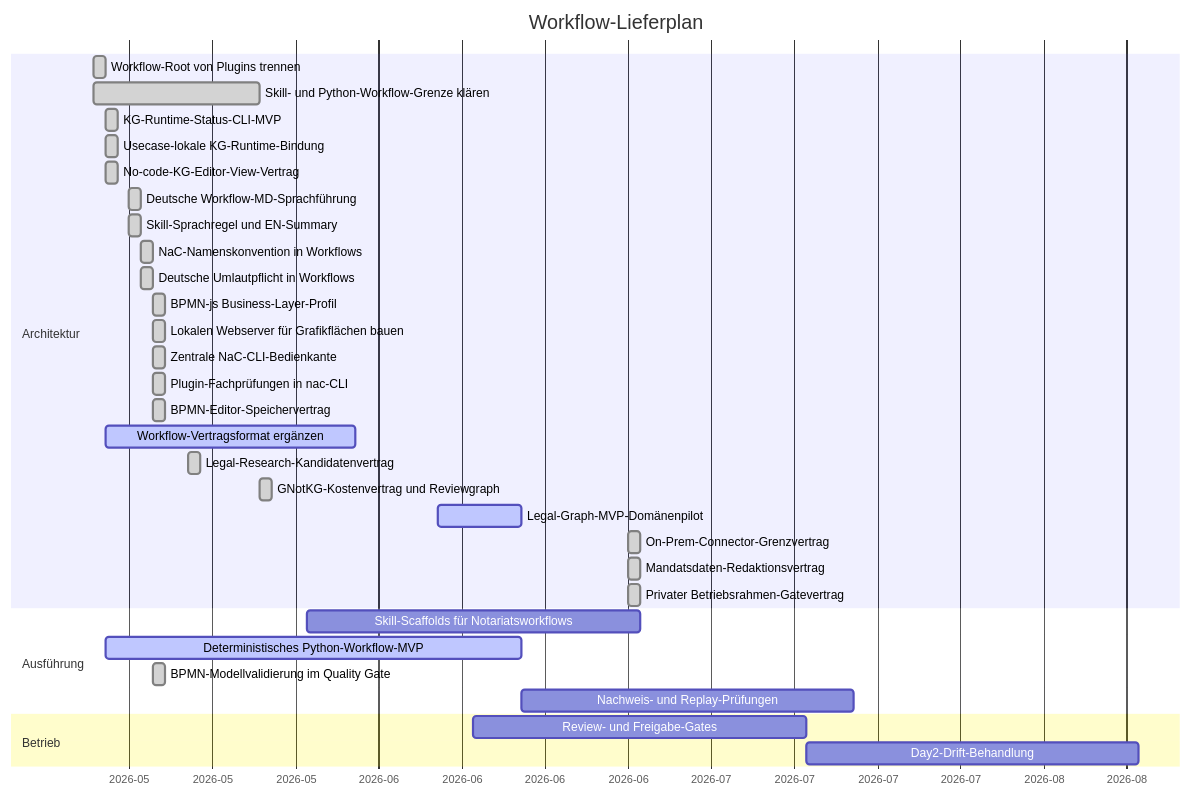
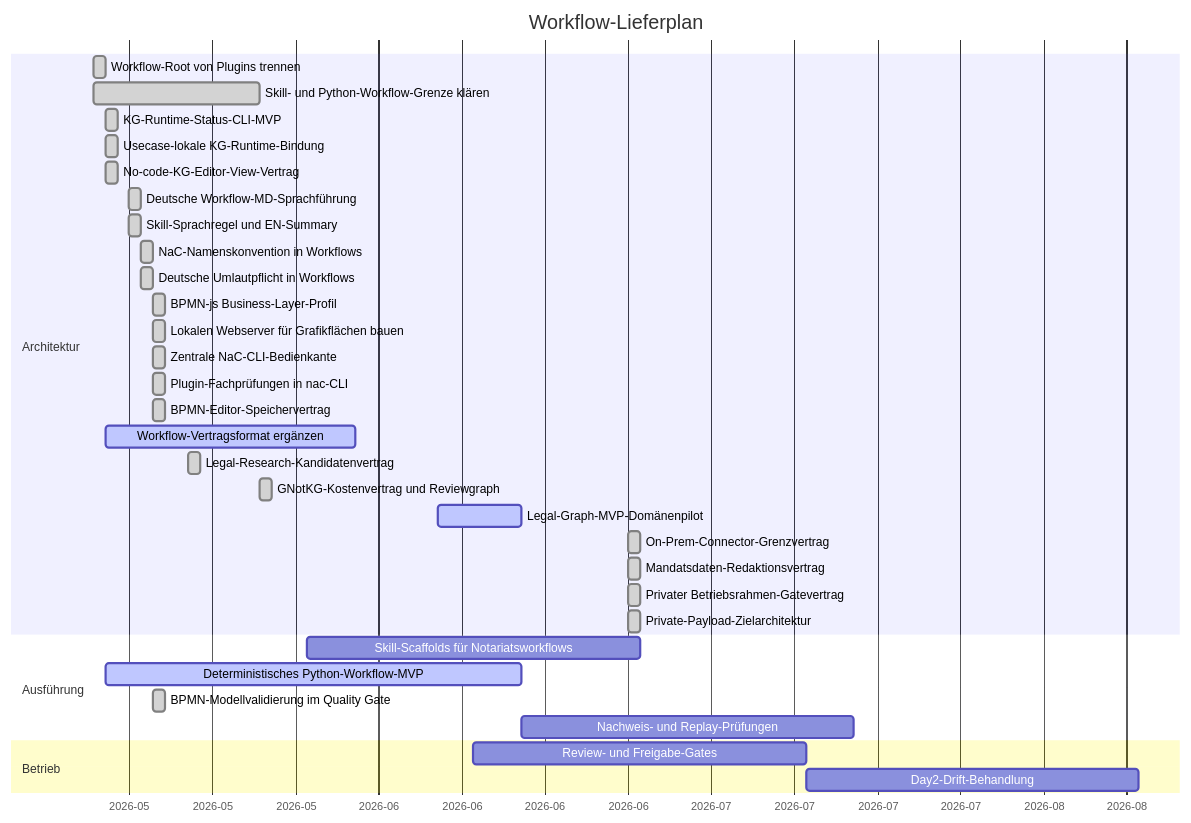
Before and after one commit to notariat8/NaC: the diagram in workflows/GANTT.md, drawn with Mermaid. The commit also changed other lines of this file and 17 other files, not shown here.

Commit message:
Add private payload target design

````diff
--- a/workflows/GANTT.md
+++ b/workflows/GANTT.md
@@ -5,39 +5,40 @@
 ```mermaid
 gantt
     title Workflow-Lieferplan
     dateFormat  YYYY-MM-DD
     axisFormat  %Y-%m
 
     section Architektur
     Workflow-Root von Plugins trennen          :done,   w1, 2026-05-14, 1d
     Skill- und Python-Workflow-Grenze klären  :done,   w2, 2026-05-14, 14d
     KG-Runtime-Status-CLI-MVP                  :done,   w3, 2026-05-15, 1d
     Usecase-lokale KG-Runtime-Bindung          :done,   w3a, 2026-05-15, 1d
     No-code-KG-Editor-View-Vertrag             :done,   w4a, 2026-05-15, 1d
     Deutsche Workflow-MD-Sprachführung        :done,   w4b, 2026-05-17, 1d
     Skill-Sprachregel und EN-Summary            :done,   w4c, 2026-05-17, 1d
     NaC-Namenskonvention in Workflows           :done,   w4d, 2026-05-18, 1d
     Deutsche Umlautpflicht in Workflows         :done,   w4e, 2026-05-18, 1d
     BPMN-js Business-Layer-Profil               :done,   w4f, 2026-05-19, 1d
     Lokalen Webserver für Grafikflächen bauen  :done,   w4g, 2026-05-19, 1d
     Zentrale NaC-CLI-Bedienkante                :done,   w4h, 2026-05-19, 1d
     Plugin-Fachprüfungen in nac-CLI             :done,   w4i, 2026-05-19, 1d
     BPMN-Editor-Speichervertrag                 :done,   w4j, 2026-05-19, 1d
     Workflow-Vertragsformat ergänzen          :active, w4, 2026-05-15, 21d
     Legal-Research-Kandidatenvertrag           :done,   w4k, 2026-05-22, 1d
     GNotKG-Kostenvertrag und Reviewgraph        :done,   w4l, 2026-05-28, 1d
     Legal-Graph-MVP-Domänenpilot              :active, w4m, 2026-06-12, 7d
     On-Prem-Connector-Grenzvertrag            :done,   w4n, 2026-06-28, 1d
     Mandatsdaten-Redaktionsvertrag             :done,   w4o, 2026-06-28, 1d
     Privater Betriebsrahmen-Gatevertrag        :done,   w4p, 2026-06-28, 1d
+    Private-Payload-Zielarchitektur            :done,   w4q, 2026-06-28, 1d
 
     section Ausführung
     Skill-Scaffolds für Notariatsworkflows    :        w5, 2026-06-01, 28d
     Deterministisches Python-Workflow-MVP      :active, w6, 2026-05-15, 35d
     BPMN-Modellvalidierung im Quality Gate      :done,   w6a, 2026-05-19, 1d
     Nachweis- und Replay-Prüfungen            :        w7, after w6, 28d
 
     section Betrieb
     Review- und Freigabe-Gates                 :        w8, 2026-06-15, 28d
     Day2-Drift-Behandlung                      :        w9, after w8, 28d
 ```
````
